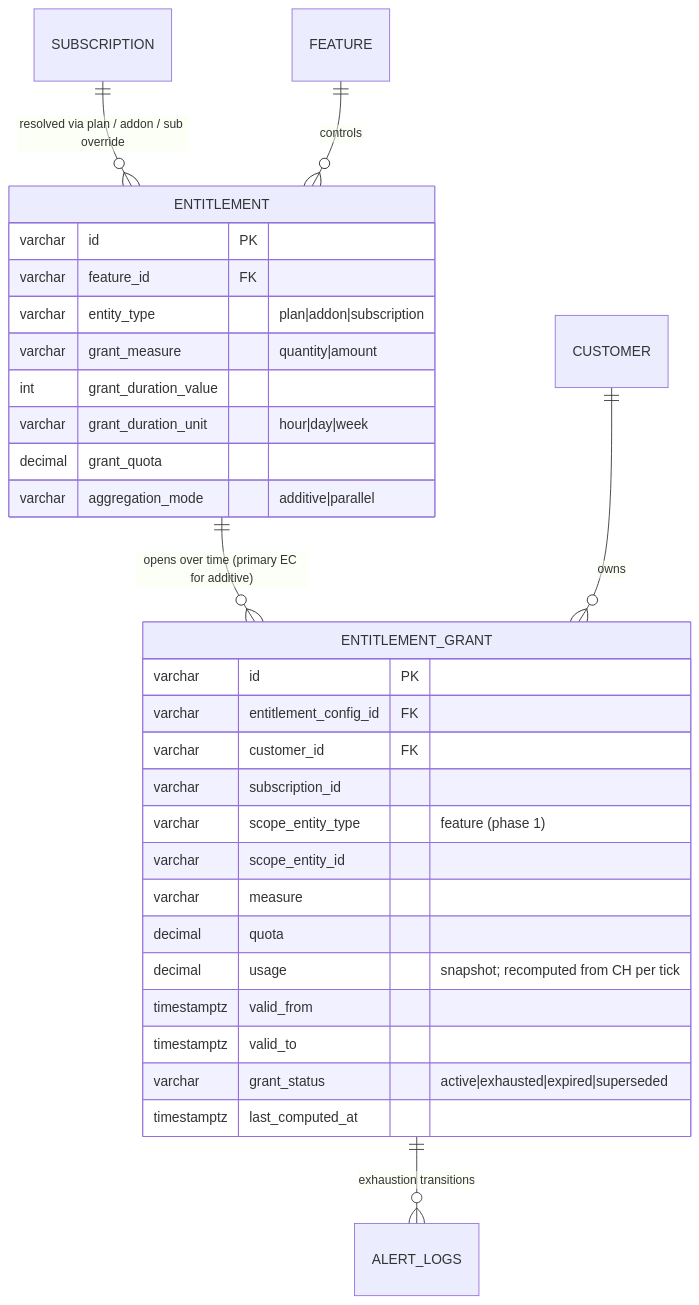
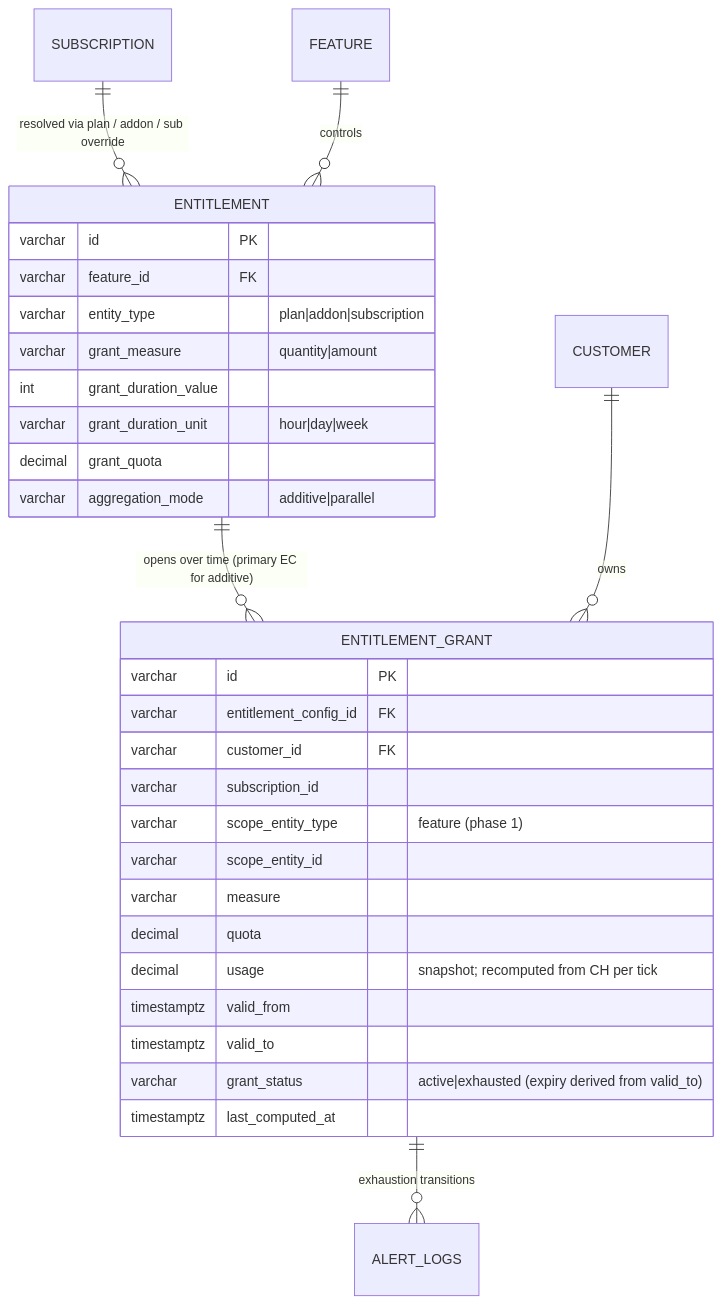
Before and after one commit to flexprice/flexprice: the first of 2 diagrams in docs/design/2026-07-08-FLE-959-Entitlements-Revamp.md, drawn with Mermaid. The commit also changed other lines of this file and 17 other files, not shown here.

````diff
--- a/docs/design/2026-07-08-FLE-959-Entitlements-Revamp.md
+++ b/docs/design/2026-07-08-FLE-959-Entitlements-Revamp.md
@@ -101,35 +116,35 @@
 ```mermaid
 erDiagram
     SUBSCRIPTION ||--o{ ENTITLEMENT : "resolved via plan / addon / sub override"
     ENTITLEMENT ||--o{ ENTITLEMENT_GRANT : "opens over time (primary EC for additive)"
     ENTITLEMENT_GRANT ||--o{ ALERT_LOGS : "exhaustion transitions"
     CUSTOMER ||--o{ ENTITLEMENT_GRANT : "owns"
     FEATURE ||--o{ ENTITLEMENT : "controls"
 
     ENTITLEMENT {
         varchar id PK
         varchar feature_id FK
         varchar entity_type "plan|addon|subscription"
         varchar grant_measure "quantity|amount"
         int grant_duration_value
         varchar grant_duration_unit "hour|day|week"
         decimal grant_quota
         varchar aggregation_mode "additive|parallel"
     }
 
     ENTITLEMENT_GRANT {
         varchar id PK
         varchar entitlement_config_id FK
         varchar customer_id FK
         varchar subscription_id
         varchar scope_entity_type "feature (phase 1)"
         varchar scope_entity_id
         varchar measure
         decimal quota
         decimal usage "snapshot; recomputed from CH per tick"
         timestamptz valid_from
         timestamptz valid_to
-        varchar grant_status "active|exhausted|expired|superseded"
+        varchar grant_status "active|exhausted (expiry derived from valid_to)"
         timestamptz last_computed_at
     }
 ```
````
